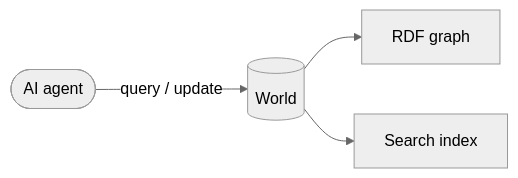
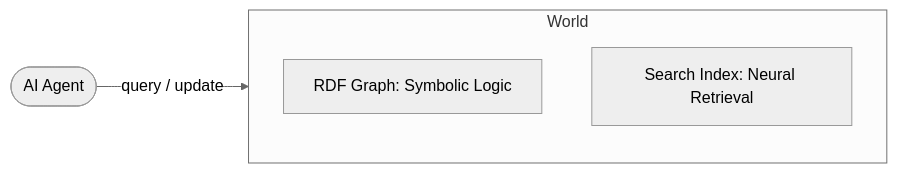
The first of 2 diagrams in packages/docs/worlds/index.mdx (wazootech/worlds), drawn with Mermaid (neutral theme) before and after one commit. The commit also changed other lines of this file and 3 other files, not shown here.

````diff
--- a/packages/docs/worlds/index.mdx
+++ b/packages/docs/worlds/index.mdx
@@ -11,6 +13,8 @@
 ```mermaid
 graph LR
-    Agent([AI agent]) -->|query / update| W[(World)]
-    W --> RDF[RDF graph]
-    W --> SEARCH[Search index]
+    Agent([AI Agent]) -->|query / update| W[(World)]
+    subgraph W [World]
+        RDF[RDF Graph: Symbolic Logic] 
+        SEARCH[Search Index: Neural Retrieval]
+    end
 ```
````
